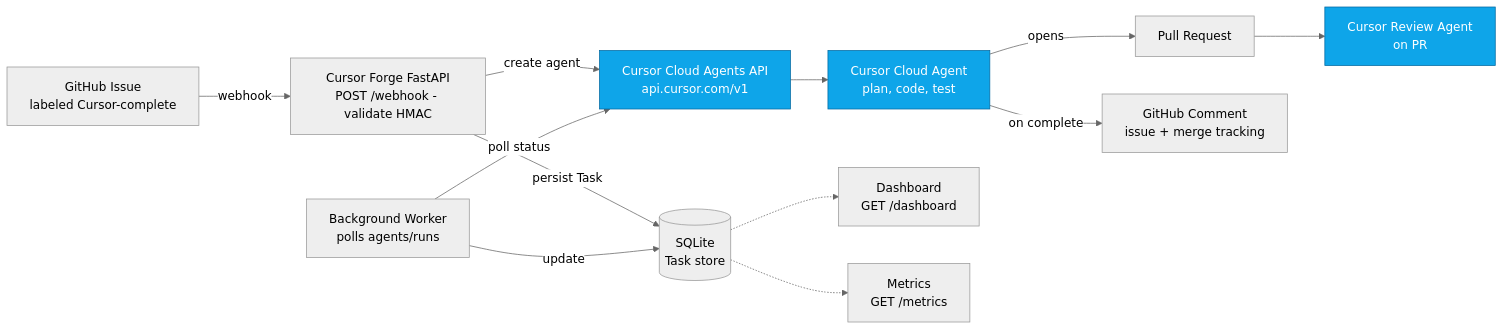
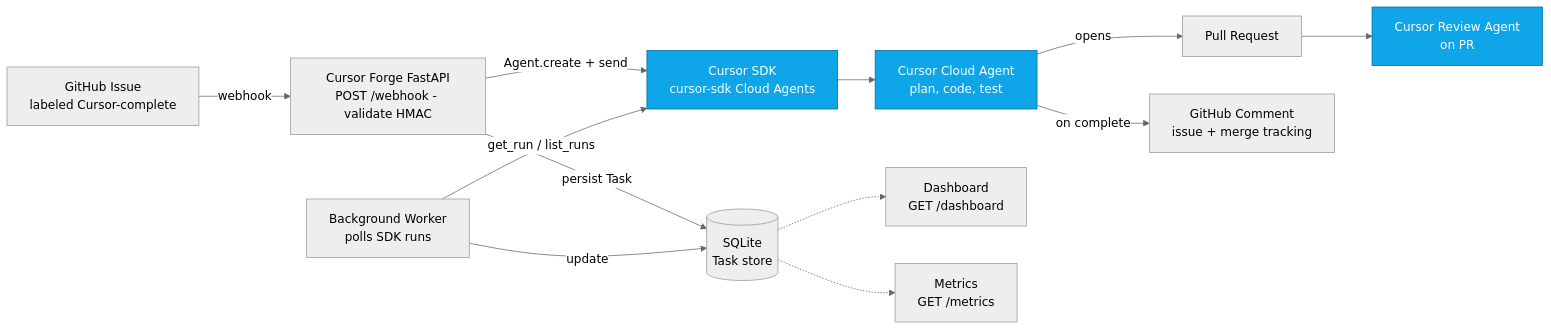
One commit to jan21deepak/droid_ai_engineer changed the diagram in docs/architecture.mmd. Above: the diagram before and after it, drawn with Mermaid (neutral theme). The commit also changed 8 other files, not shown here.

Commit message:
Replace Cursor REST client with official cursor-sdk end to end.

```diff
--- a/docs/architecture.mmd
+++ b/docs/architecture.mmd
@@ -1,27 +1,27 @@
 flowchart LR
     ISSUE["GitHub Issue<br/>labeled Cursor-complete"]
     WEBHOOK["Cursor Forge FastAPI<br/>POST /webhook - validate HMAC"]
     DB[("SQLite<br/>Task store")]
-    API["Cursor Cloud Agents API<br/>api.cursor.com/v1"]
+    API["Cursor SDK<br/>cursor-sdk Cloud Agents"]
     SESSION["Cursor Cloud Agent<br/>plan, code, test"]
-    WORKER["Background Worker<br/>polls agents/runs"]
+    WORKER["Background Worker<br/>polls SDK runs"]
     PR["Pull Request"]
     REVIEW["Cursor Review Agent<br/>on PR"]
     COMMENT["GitHub Comment<br/>issue + merge tracking"]
     DASH["Dashboard<br/>GET /dashboard"]
     METRICS["Metrics<br/>GET /metrics"]
 
     ISSUE -->|"webhook"| WEBHOOK
     WEBHOOK -->|"persist Task"| DB
-    WEBHOOK -->|"create agent"| API
+    WEBHOOK -->|"Agent.create + send"| API
     API --> SESSION
     SESSION -->|"opens"| PR
     PR --> REVIEW
     SESSION -->|"on complete"| COMMENT
-    WORKER -->|"poll status"| API
+    WORKER -->|"get_run / list_runs"| API
     WORKER -->|"update"| DB
     DB -.-> DASH
     DB -.-> METRICS
 
     classDef cursor fill:#0ea5e9,stroke:#0369a1,color:#fff
     class API,SESSION,REVIEW cursor
```
